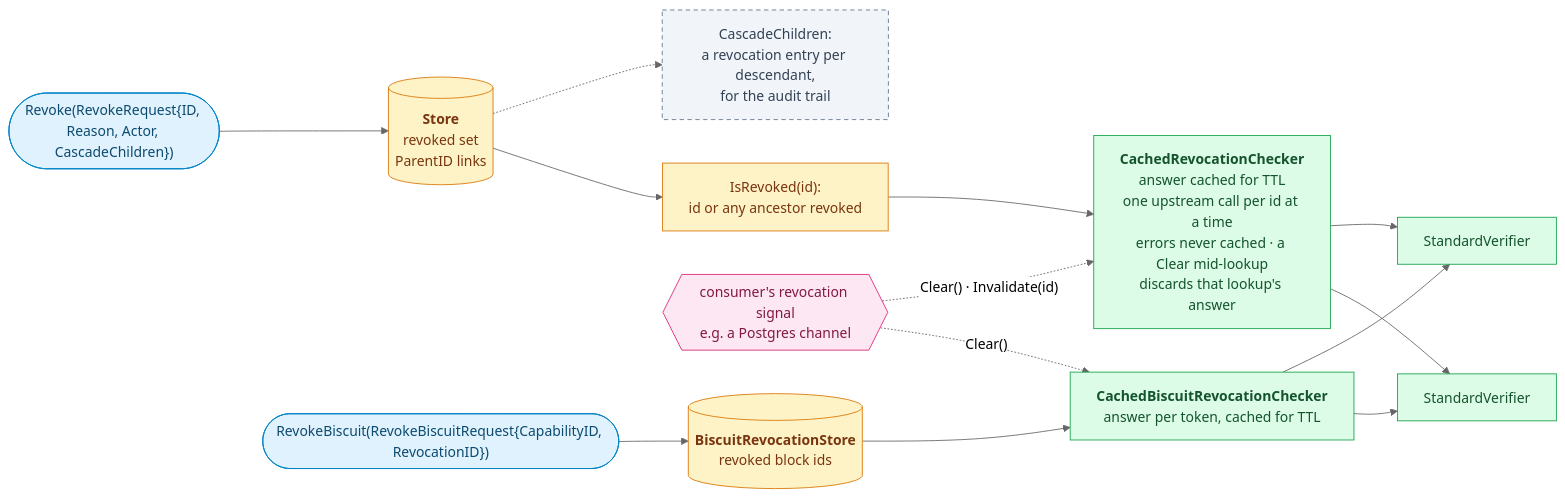
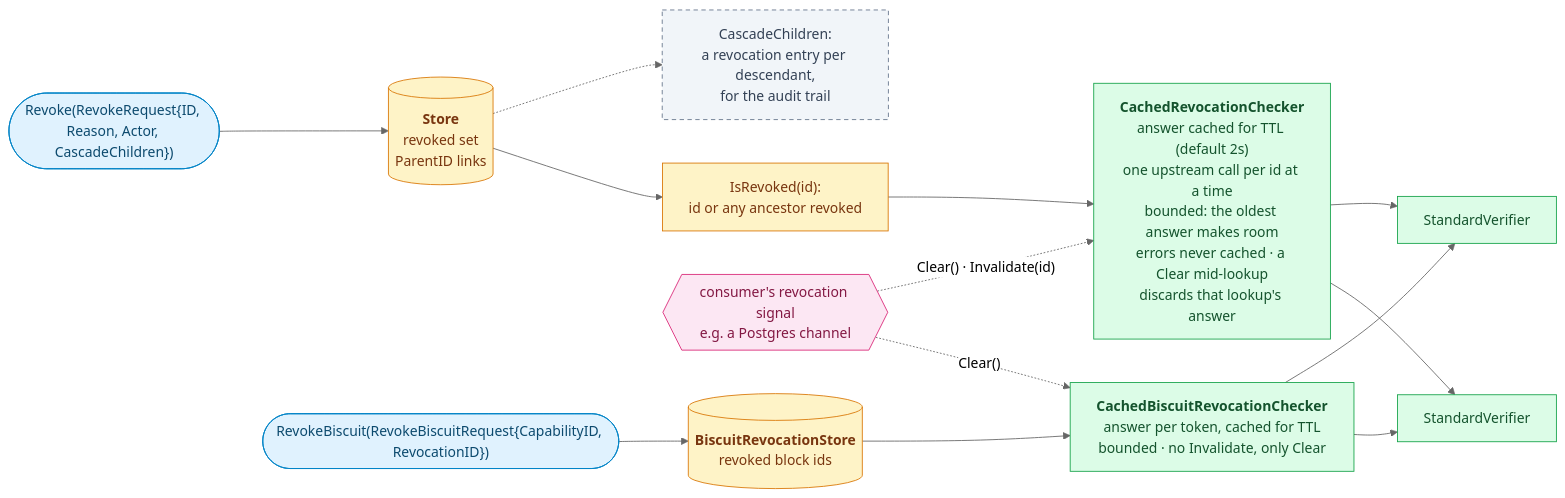
Before and after one commit to oleg-tkachuk/limes: diagram 11 of 11 in docs/diagrams.md, drawn with Mermaid (neutral theme). The commit also changed other lines of this file, not shown here.

First line of the commit message:
docs(diagrams): draw the verifier, DPoP and meter as the code runs them

````diff
--- a/docs/diagrams.md
+++ b/docs/diagrams.md
@@ -548,36 +680,36 @@
 ```mermaid
 flowchart LR
     op(["Revoke(RevokeRequest{ID, Reason, Actor, CascadeChildren})"])
     store[("<b>Store</b><br/>revoked set<br/>ParentID links")]
     cascade["CascadeChildren:<br/>a revocation entry per descendant,<br/>for the audit trail"]
     chain["IsRevoked(id):<br/>id or any ancestor revoked"]
-    cache["<b>CachedRevocationChecker</b><br/>answer cached for TTL<br/>one upstream call per id at a time<br/>errors never cached · a Clear mid-lookup<br/>discards that lookup's answer"]
+    cache["<b>CachedRevocationChecker</b><br/>answer cached for TTL (default 2s)<br/>one upstream call per id at a time<br/>bounded: the oldest answer makes room<br/>errors never cached · a Clear mid-lookup<br/>discards that lookup's answer"]
     notify{{"consumer's revocation signal<br/>e.g. a Postgres channel"}}
     bop(["RevokeBiscuit(RevokeBiscuitRequest{CapabilityID, RevocationID})"])
     blist[("<b>BiscuitRevocationStore</b><br/>revoked block ids")]
-    bcache["<b>CachedBiscuitRevocationChecker</b><br/>answer per token, cached for TTL"]
+    bcache["<b>CachedBiscuitRevocationChecker</b><br/>answer per token, cached for TTL<br/>bounded · no Invalidate, only Clear"]
     v1["StandardVerifier"]
     v2["StandardVerifier"]
 
     op --> store
     store -.-> cascade
     store --> chain --> cache
     cache --> v1
     cache --> v2
     notify -. "Clear() · Invalidate(id)" .-> cache
     bop --> blist --> bcache
     bcache --> v1
     bcache --> v2
     notify -. "Clear()" .-> bcache
 
     classDef client fill:#E0F2FE,stroke:#0284C7,color:#0C4A6E
     classDef role fill:#DCFCE7,stroke:#16A34A,color:#14532D
     classDef optional fill:#F1F5F9,stroke:#64748B,color:#334155,stroke-dasharray:5 4
     classDef store fill:#FEF3C7,stroke:#D97706,color:#78350F
     classDef external fill:#FCE7F3,stroke:#DB2777,color:#831843
     class op,bop client
     class v1,v2,cache,bcache role
     class cascade optional
     class store,chain,blist store
     class notify external
 ```
````
